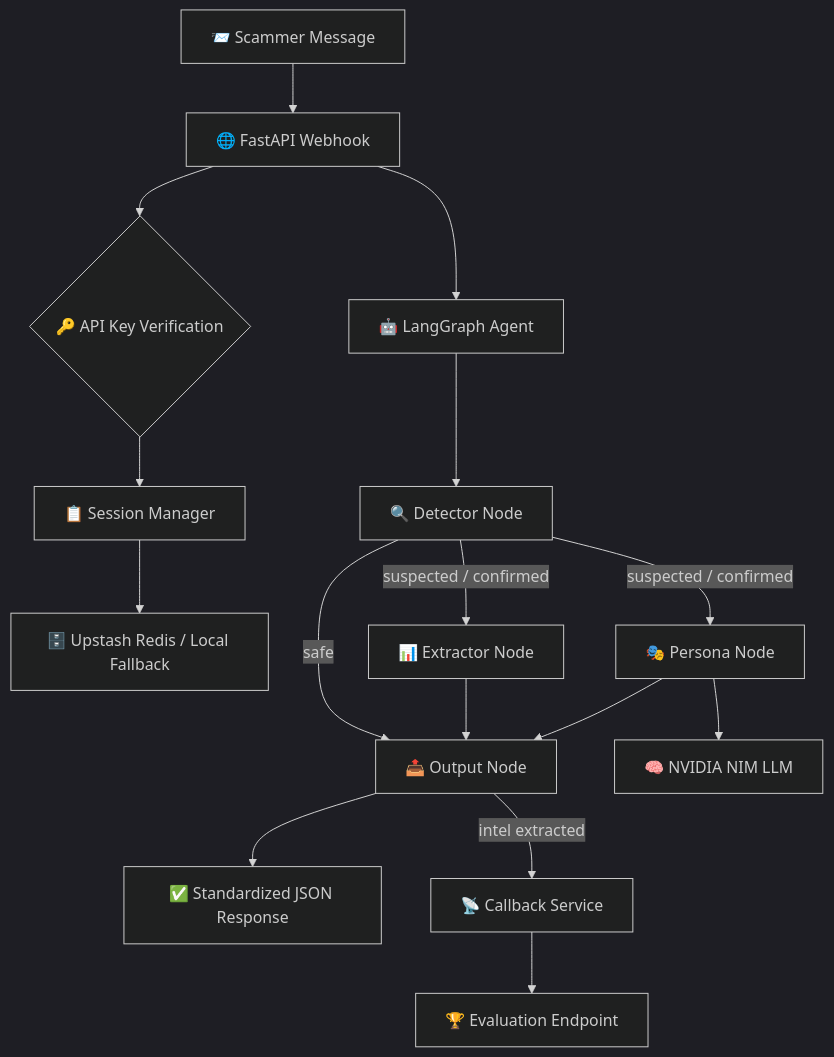
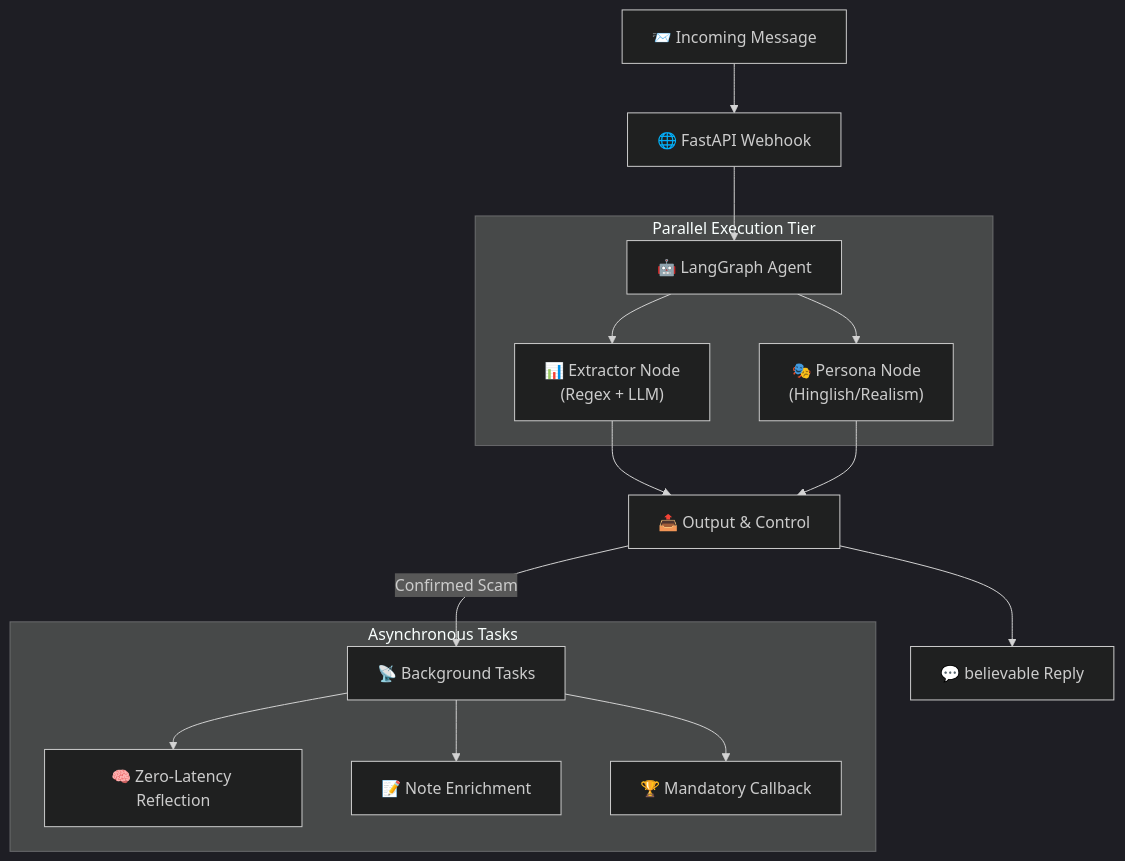
The diagram in README.md (rohzhegde26/agentic-honeypot-submission), drawn with Mermaid (dark theme) before and after one commit. The commit also changed other lines of this file and 5 other files, not shown here.

````diff
--- a/README.md
+++ b/README.md
@@ -61,18 +51,22 @@
 ```mermaid
 graph TD
-    A["📨 Scammer Message"] --> B["🌐 FastAPI Webhook"]
-    B --> C{"🔑 API Key Verification"}
-    C --> D["📋 Session Manager"]
-    D --> E["🗄️ Upstash Redis / Local Fallback"]
-    B --> F["🤖 LangGraph Agent"]
-    F --> G["🔍 Detector Node"]
-    G -->|"suspected / confirmed"| H["📊 Extractor Node"]
-    G -->|"suspected / confirmed"| I["🎭 Persona Node"]
-    G -->|"safe"| J["📤 Output Node"]
-    H --> J
-    I --> J
-    I --> K["🧠 NVIDIA NIM LLM"]
-    J --> L["✅ Standardized JSON Response"]
-    J -->|"intel extracted"| M["📡 Callback Service"]
-    M --> N["🏆 Evaluation Endpoint"]
+    A["📨 Incoming Message"] --> B["🌐 FastAPI Webhook"]
+    B --> C["🤖 LangGraph Agent"]
+    
+    subgraph "Parallel Execution Tier"
+        C --> D["📊 Extractor Node<br/>(Regex + LLM)"]
+        C --> E["🎭 Persona Node<br/>(Hinglish/Realism)"]
+    end
+    
+    D --> F["📤 Output & Control"]
+    E --> F
+    
+    F --> G["💬 believable Reply"]
+    F -->|"Confirmed Scam"| H["📡 Background Tasks"]
+    
+    subgraph "Asynchronous Tasks"
+        H --> I["🧠 Zero-Latency Reflection"]
+        H --> J["📝 Note Enrichment"]
+        H --> K["🏆 Mandatory Callback"]
+    end
 ```
````
